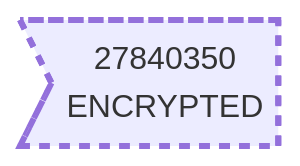
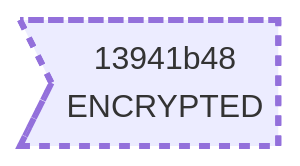
The diagram in images/mermaid/encrypted_case.mermaid (BlockchainCommons/WIPs-IETF-draft-envelope), drawn with Mermaid before and after one commit. The commit also changed 26 other files, not shown here.

```diff
--- a/images/mermaid/encrypted_case.mermaid
+++ b/images/mermaid/encrypted_case.mermaid
@@ -1,3 +1,3 @@
 graph LR
-    1>"27840350<br/>ENCRYPTED"]
+    1>"13941b48<br/>ENCRYPTED"]
     style 1 stroke-width:3.0px,stroke-dasharray:5.0 5.0
```
